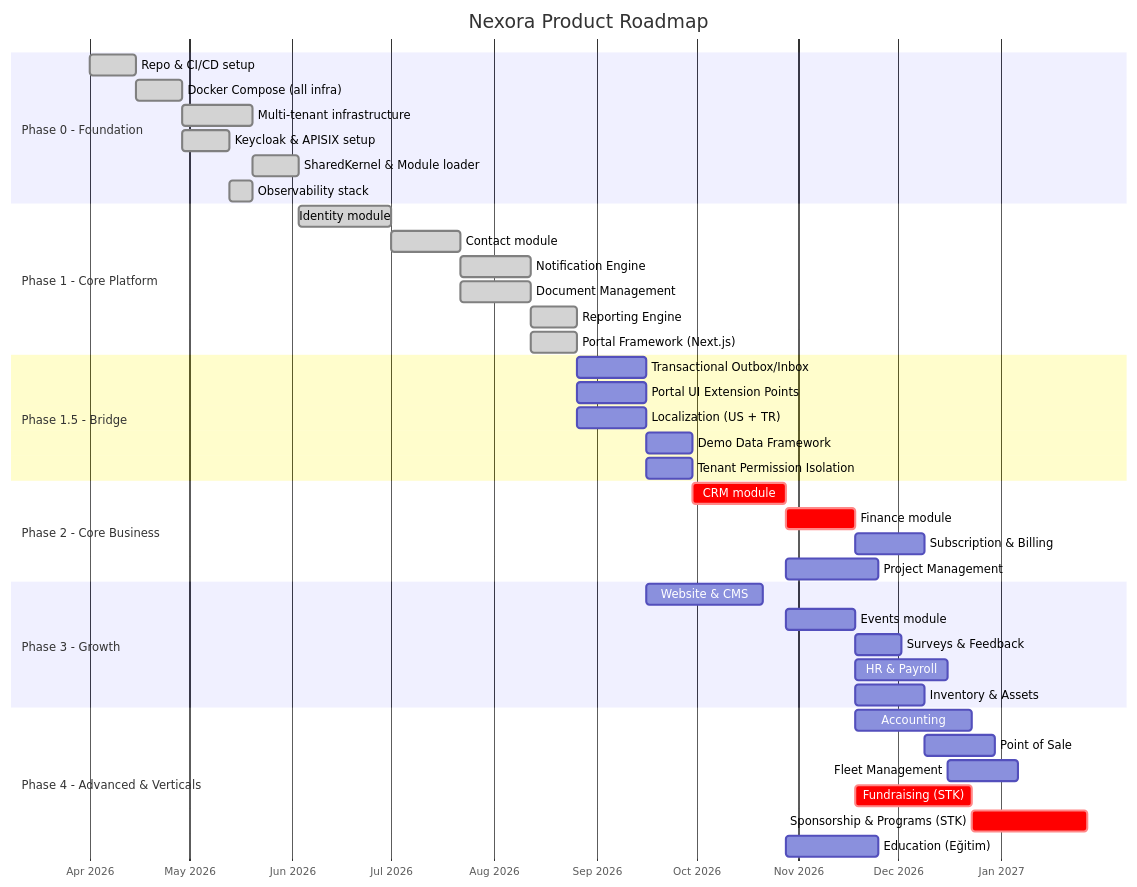
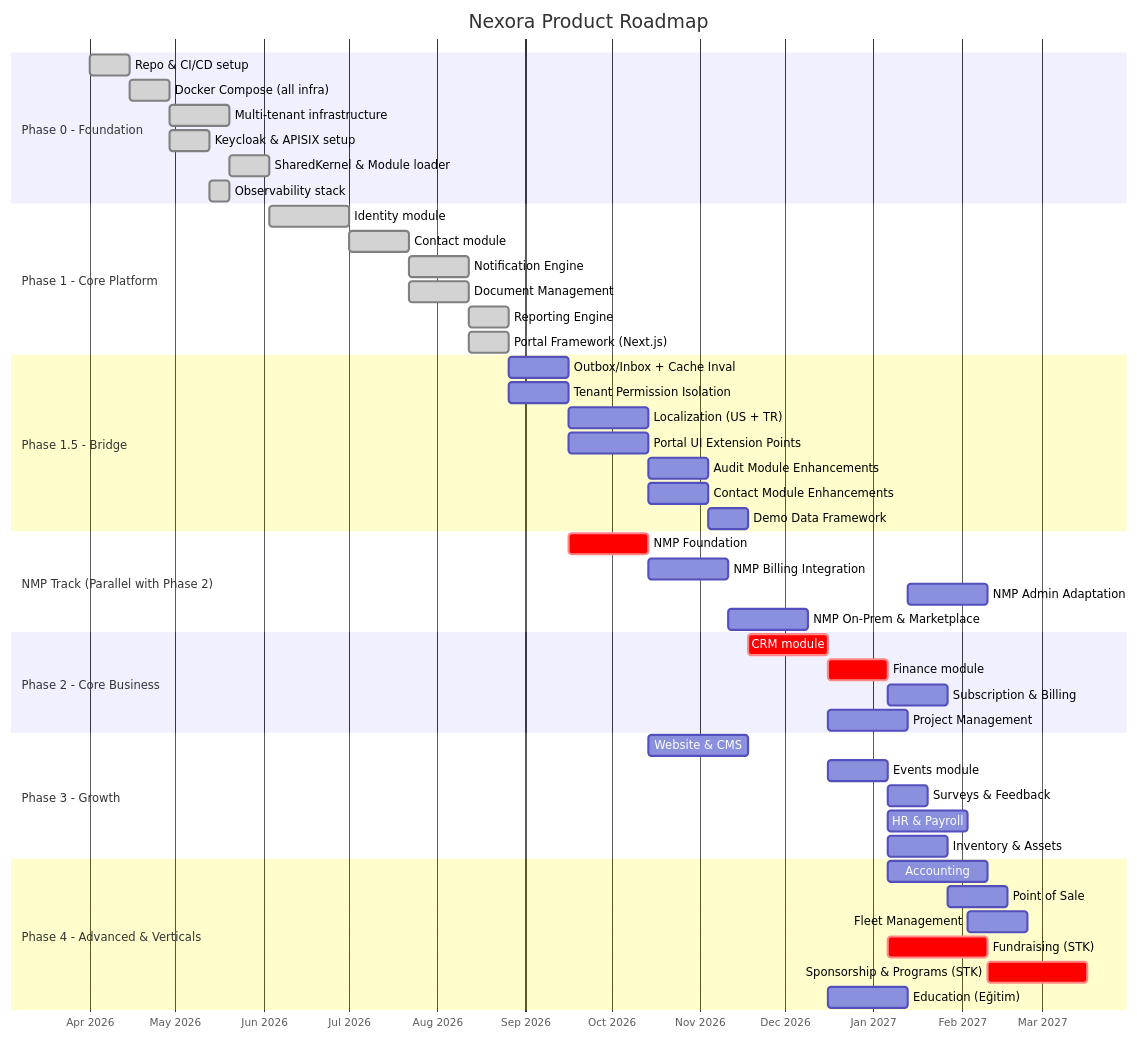
Before and after one commit to cemililik/Nexora: the first of 2 diagrams in docs/roadmap/ROADMAP.md, drawn with Mermaid. The commit also changed other lines of this file and 8 other files, not shown here.

````diff
--- a/docs/roadmap/ROADMAP.md
+++ b/docs/roadmap/ROADMAP.md
@@ -5,50 +5,58 @@
 ```mermaid
 gantt
     title Nexora Product Roadmap
     dateFormat YYYY-MM-DD
     axisFormat %b %Y
 
     section Phase 0 - Foundation
     Repo & CI/CD setup           :done, p0a, 2026-04-01, 2w
     Docker Compose (all infra)   :done, p0b, after p0a, 2w
     Multi-tenant infrastructure  :done, p0c, after p0b, 3w
     Keycloak & APISIX setup      :done, p0d, after p0b, 2w
     SharedKernel & Module loader :done, p0e, after p0c, 2w
     Observability stack          :done, p0f, after p0d, 1w
 
     section Phase 1 - Core Platform
     Identity module              :done, p1a, after p0e, 4w
     Contact module               :done, p1b, after p1a, 3w
     Notification Engine          :done, p1c, after p1b, 3w
     Document Management          :done, p1d, after p1b, 3w
     Reporting Engine             :done, p1e, after p1c, 2w
     Portal Framework (Next.js)   :done, p1f, after p1d, 2w
 
     section Phase 1.5 - Bridge
-    Transactional Outbox/Inbox   :p15a, after p1e, 3w
-    Portal UI Extension Points   :p15b, after p1f, 3w
-    Localization (US + TR)       :p15c, after p1e, 3w
-    Demo Data Framework          :p15d, after p15a, 2w
-    Tenant Permission Isolation  :p15e, after p15c, 2w
+    Outbox/Inbox + Cache Inval   :p15a, after p1e, 3w
+    Tenant Permission Isolation  :p15b, after p1e, 3w
+    Localization (US + TR)       :p15c, after p15a, 4w
+    Portal UI Extension Points   :p15d, after p15b, 4w
+    Audit Module Enhancements    :p15e, after p15c, 3w
+    Contact Module Enhancements  :p15f, after p15d, 3w
+    Demo Data Framework          :p15g, after p15e, 2w
+
+    section NMP Track (Parallel with Phase 2)
+    NMP Foundation               :crit, nmp1, after p15b, 4w
+    NMP Billing Integration      :nmp2, after nmp1, 4w
+    NMP Admin Adaptation         :nmp3, after p2d, 4w
+    NMP On-Prem & Marketplace    :nmp4, after nmp2, 4w
 
     section Phase 2 - Core Business
-    CRM module                   :crit, p2a, after p15d, 4w
+    CRM module                   :crit, p2a, after p15g, 4w
     Finance module               :crit, p2b, after p2a, 3w
     Subscription & Billing       :p2c, after p2b, 3w
     Project Management           :p2d, after p2a, 4w
 
     section Phase 3 - Growth
-    Website & CMS                :p3a, after p15b, 5w
+    Website & CMS                :p3a, after p15d, 5w
     Events module                :p3b, after p2a, 3w
     Surveys & Feedback           :p3c, after p3b, 2w
     HR & Payroll                 :p3d, after p2b, 4w
     Inventory & Assets           :p3e, after p2b, 3w
 
     section Phase 4 - Advanced & Verticals
     Accounting                   :p4a, after p2b, 5w
     Point of Sale                :p4b, after p3e, 3w
     Fleet Management             :p4c, after p3d, 3w
     Fundraising (STK)            :crit, p4d, after p2b, 5w
     Sponsorship & Programs (STK) :crit, p4e, after p4d, 5w
     Education (Eğitim)           :p4f, after p2a, 4w
 ```
````
